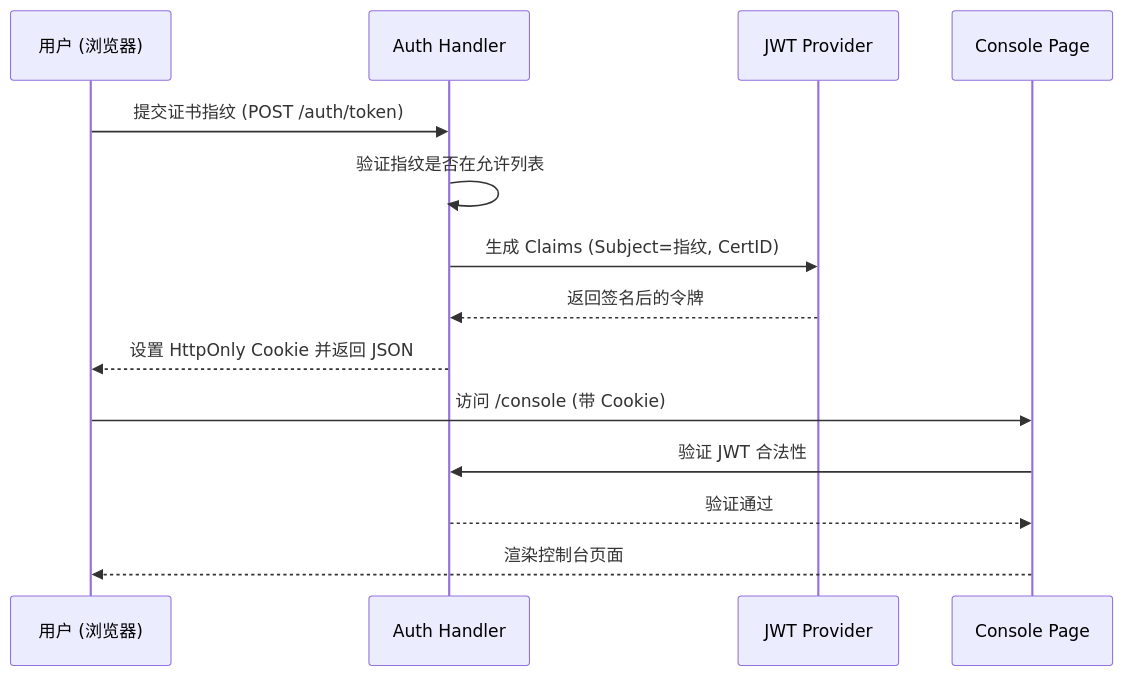
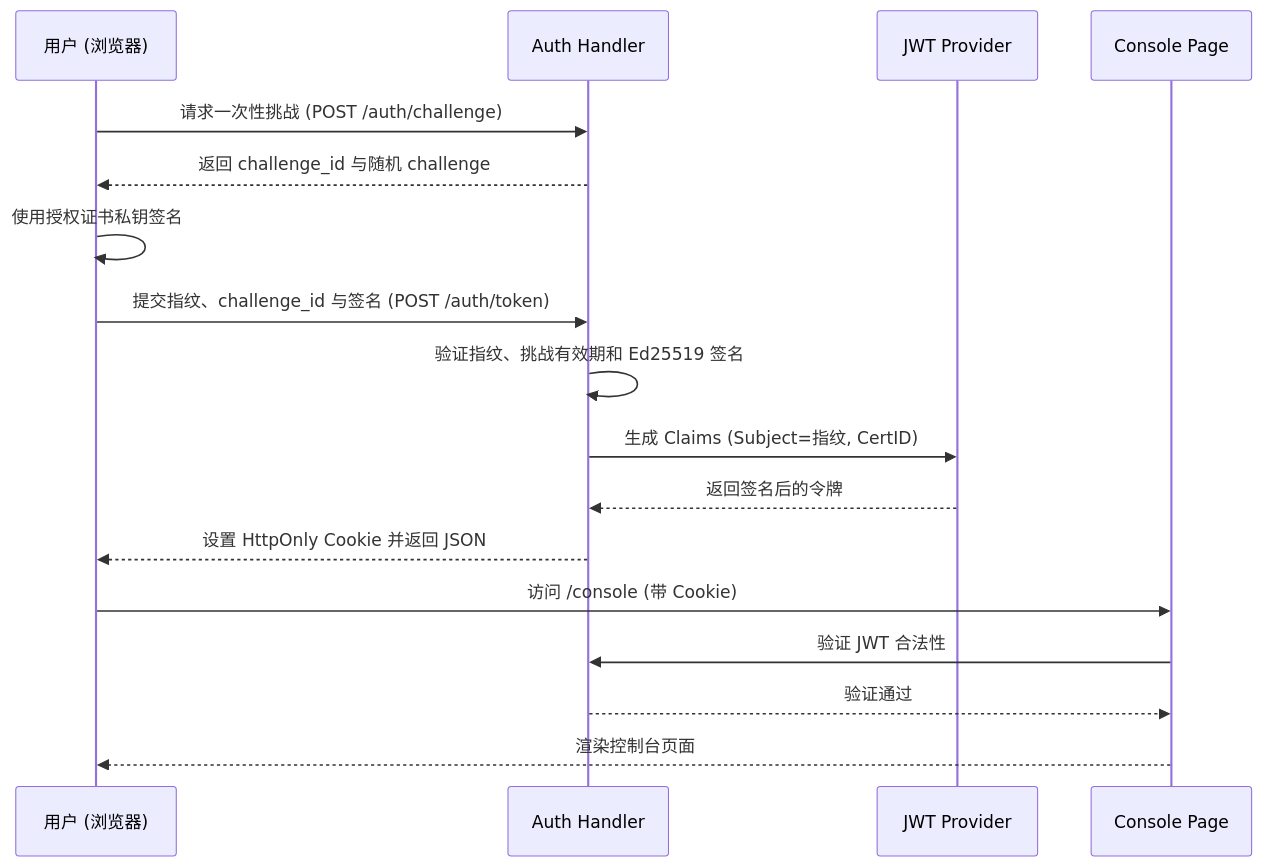
The second of 4 diagrams in .trae/deepwiki/服务端实现与 Web 控制台.md (fuzzbuster/slider), drawn with Mermaid before and after one commit. The commit also changed other lines of this file and 58 other files, not shown here.

````diff
--- a/.trae/deepwiki/服务端实现与 Web 控制台.md
+++ b/.trae/deepwiki/服务端实现与 Web 控制台.md
@@ -195,17 +195,20 @@
 ```mermaid
 sequenceDiagram
     participant User as 用户 (浏览器)
     participant Auth as Auth Handler
     participant JWT as JWT Provider
     participant Console as Console Page
 
-    User->>Auth: 提交证书指纹 (POST /auth/token)
-    Auth->>Auth: 验证指纹是否在允许列表
+    User->>Auth: 请求一次性挑战 (POST /auth/challenge)
+    Auth-->>User: 返回 challenge_id 与随机 challenge
+    User->>User: 使用授权证书私钥签名
+    User->>Auth: 提交指纹、challenge_id 与签名 (POST /auth/token)
+    Auth->>Auth: 验证指纹、挑战有效期和 Ed25519 签名
     Auth->>JWT: 生成 Claims (Subject=指纹, CertID)
     JWT-->>Auth: 返回签名后的令牌
     Auth-->>User: 设置 HttpOnly Cookie 并返回 JSON
     User->>Console: 访问 /console (带 Cookie)
     Console->>Auth: 验证 JWT 合法性
     Auth-->>Console: 验证通过
     Console-->>User: 渲染控制台页面
 ```
````
